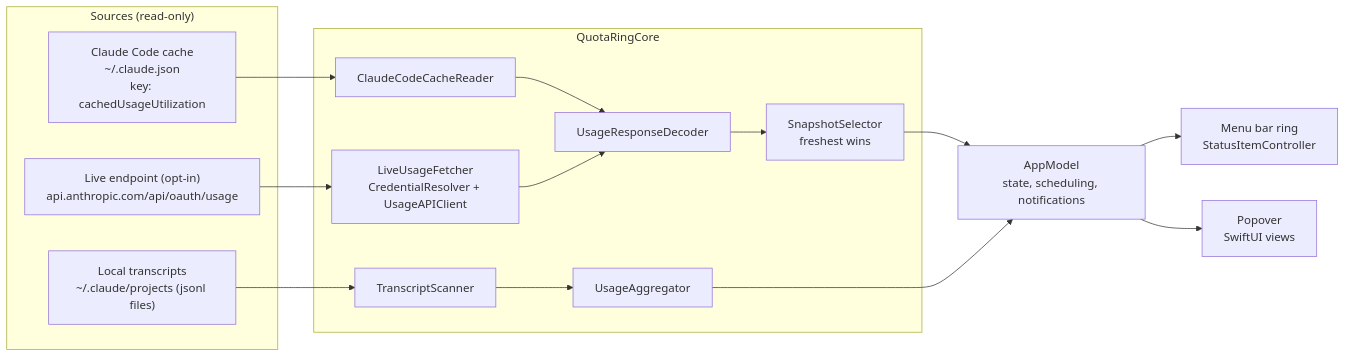
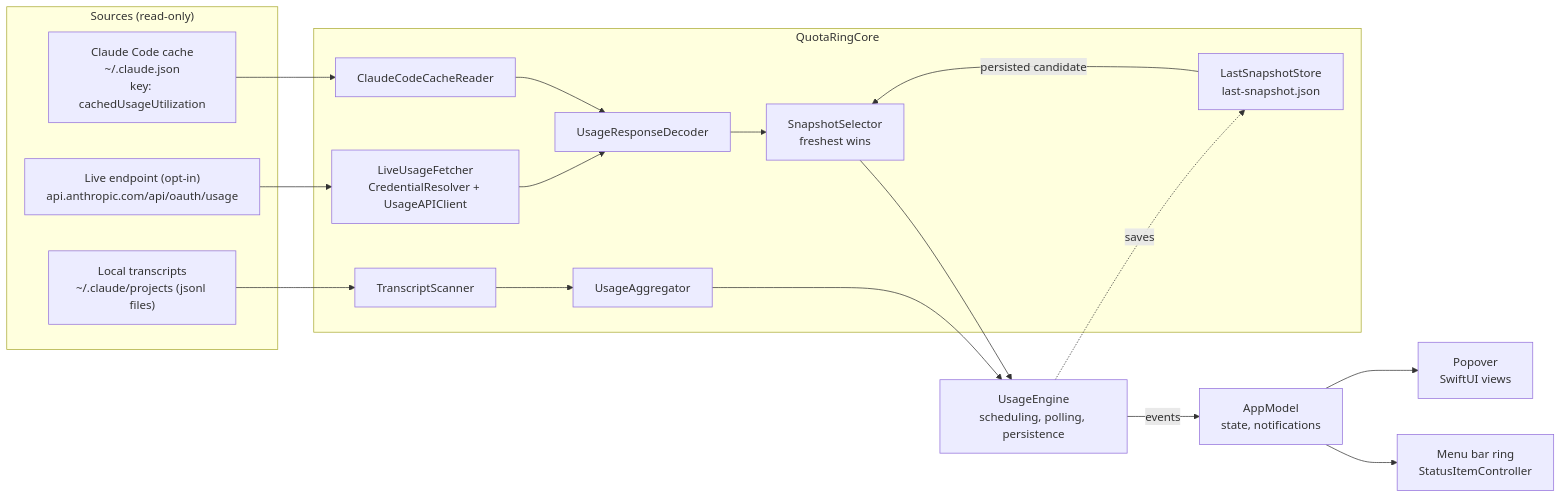
Before and after one commit to BartugKaan/QuotaRing: the diagram in docs/ARCHITECTURE.md, drawn with Mermaid. The commit also changed other lines of this file and 4 other files, not shown here.

````diff
--- a/docs/ARCHITECTURE.md
+++ b/docs/ARCHITECTURE.md
@@ -51,30 +53,35 @@
 ```mermaid
 flowchart LR
     subgraph SRC["Sources (read-only)"]
         CACHE["Claude Code cache<br/>~/.claude.json<br/>key: cachedUsageUtilization"]
         LIVE["Live endpoint (opt-in)<br/>api.anthropic.com/api/oauth/usage"]
         TRANS["Local transcripts<br/>~/.claude/projects (jsonl files)"]
     end
 
     subgraph CORE["QuotaRingCore"]
         READER["ClaudeCodeCacheReader"]
         FETCHER["LiveUsageFetcher<br/>CredentialResolver + UsageAPIClient"]
         DECODER["UsageResponseDecoder"]
         SELECTOR["SnapshotSelector<br/>freshest wins"]
         SCANNER["TranscriptScanner"]
         AGG["UsageAggregator"]
+        STORE["LastSnapshotStore<br/>last-snapshot.json"]
     end
 
-    MODEL["AppModel<br/>state, scheduling, notifications"]
+    ENGINE["UsageEngine<br/>scheduling, polling, persistence"]
+    MODEL["AppModel<br/>state, notifications"]
     RING["Menu bar ring<br/>StatusItemController"]
     POPOVER["Popover<br/>SwiftUI views"]
 
     CACHE --> READER --> DECODER
     LIVE --> FETCHER --> DECODER
     DECODER --> SELECTOR
+    STORE -->|persisted candidate| SELECTOR
     TRANS --> SCANNER --> AGG
-    SELECTOR --> MODEL
-    AGG --> MODEL
+    SELECTOR --> ENGINE
+    AGG --> ENGINE
+    ENGINE -->|events| MODEL
+    ENGINE -.->|saves| STORE
     MODEL --> RING
     MODEL --> POPOVER
 ```
````
